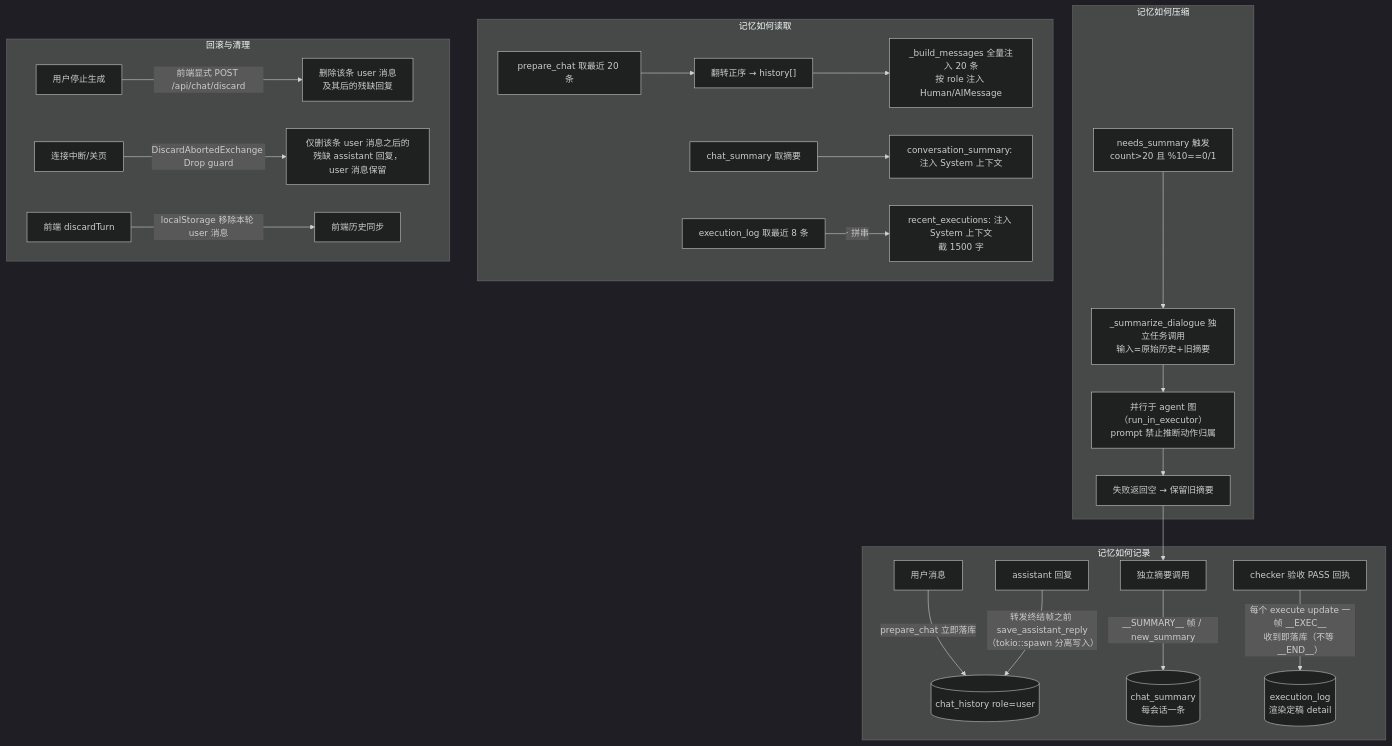
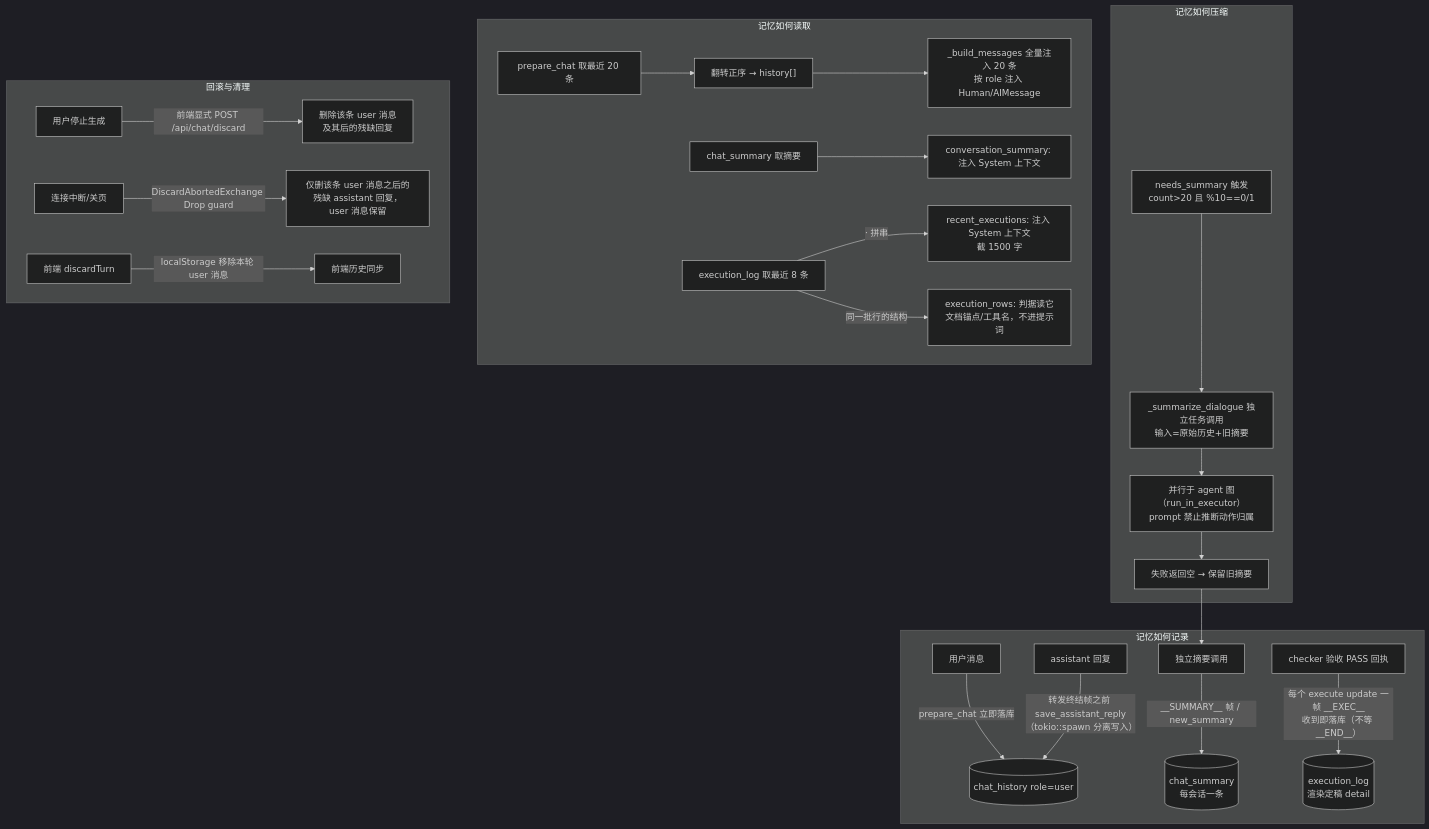
Before and after one commit to BigLeopardCat/saudade-blog-agent: the fourth of 5 diagrams in docs/agent-architecture.md, drawn with Mermaid (dark theme). The commit also changed other lines of this file and 11 other files, not shown here.

````diff
--- a/docs/agent-architecture.md
+++ b/docs/agent-architecture.md
@@ -433,26 +435,27 @@
 ```mermaid
 flowchart TB
     subgraph Write[记忆如何记录]
         W1[用户消息] -->|prepare_chat 立即落库| T1[(chat_history role=user)]
         W2[assistant 回复] -->|转发终结帧之前 save_assistant_reply<br/>（tokio::spawn 分离写入）| T1
         W3[独立摘要调用] -->|__SUMMARY__ 帧 / new_summary| T2[(chat_summary<br/>每会话一条)]
         W4[checker 验收 PASS 回执] -->|每个 execute update 一帧 __EXEC__<br/>收到即落库（不等 __END__）| T3[(execution_log<br/>渲染定稿 detail)]
     end
     subgraph Compress[记忆如何压缩]
         C1[needs_summary 触发<br/>count>20 且 %10==0/1] --> C2[_summarize_dialogue 独立任务调用<br/>输入=原始历史+旧摘要]
         C2 --> C3[并行于 agent 图（run_in_executor）<br/>prompt 禁止推断动作归属]
         C3 --> C4[失败返回空 → 保留旧摘要]
         C4 --> W3
     end
     subgraph Read[记忆如何读取]
         R1[prepare_chat 取最近 20 条] --> R2["翻转正序 → history[]"]
         R2 --> R3[_build_messages 全量注入 20 条<br/>按 role 注入 Human/AIMessage]
         R4[chat_summary 取摘要] --> R5[conversation_summary: 注入 System 上下文]
         R6[execution_log 取最近 8 条] -->|"· " 拼串| R7[recent_executions: 注入 System 上下文<br/>截 1500 字]
+        R6 -->|同一批行的结构| R8[execution_rows: 判据读它<br/>文档锚点/工具名，不进提示词]
     end
     subgraph Rollback[回滚与清理]
         D1[用户停止生成] -->|前端显式 POST /api/chat/discard| D2[删除该条 user 消息<br/>及其后的残缺回复]
         D3[连接中断/关页] -->|DiscardAbortedExchange Drop guard| D5[仅删该条 user 消息之后的<br/>残缺 assistant 回复，user 消息保留]
         D6[前端 discardTurn] -->|localStorage 移除本轮 user 消息| D7[前端历史同步]
     end
 ```
````
